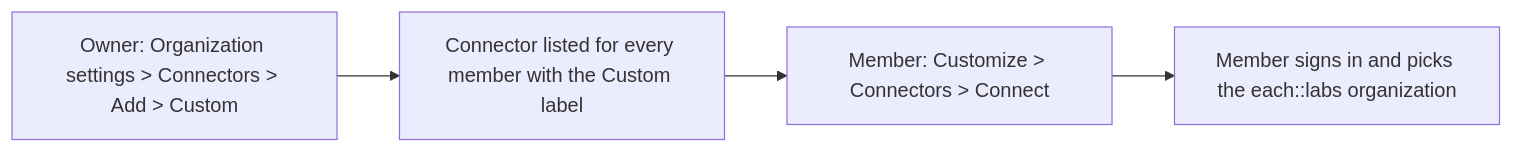
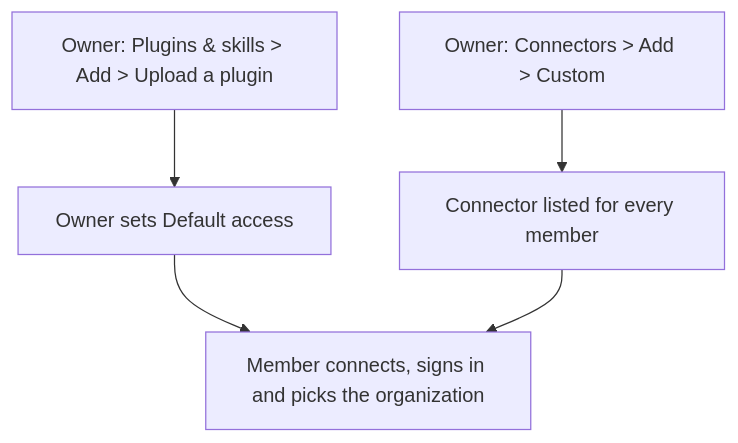
The first of 2 diagrams in mcp/claude-chat.mdx (eachlabs/mintlify-docs), drawn with Mermaid before and after one commit. The commit also changed other lines of this file and 14 other files, not shown here.

````diff
--- a/mcp/claude-chat.mdx
+++ b/mcp/claude-chat.mdx
@@ -69,6 +219,7 @@
 ```mermaid
-flowchart LR
-  O["Owner: Organization settings > Connectors > Add > Custom"] --> C["Connector listed for every member with the Custom label"]
-  C --> M["Member: Customize > Connectors > Connect"]
-  M --> S["Member signs in and picks the each::labs organization"]
+flowchart TD
+  P["Owner: Plugins & skills > Add > Upload a plugin"] --> A["Owner sets Default access"]
+  K["Owner: Connectors > Add > Custom"] --> C["Connector listed for every member"]
+  A --> M["Member connects, signs in and picks the organization"]
+  C --> M
 ```
````
